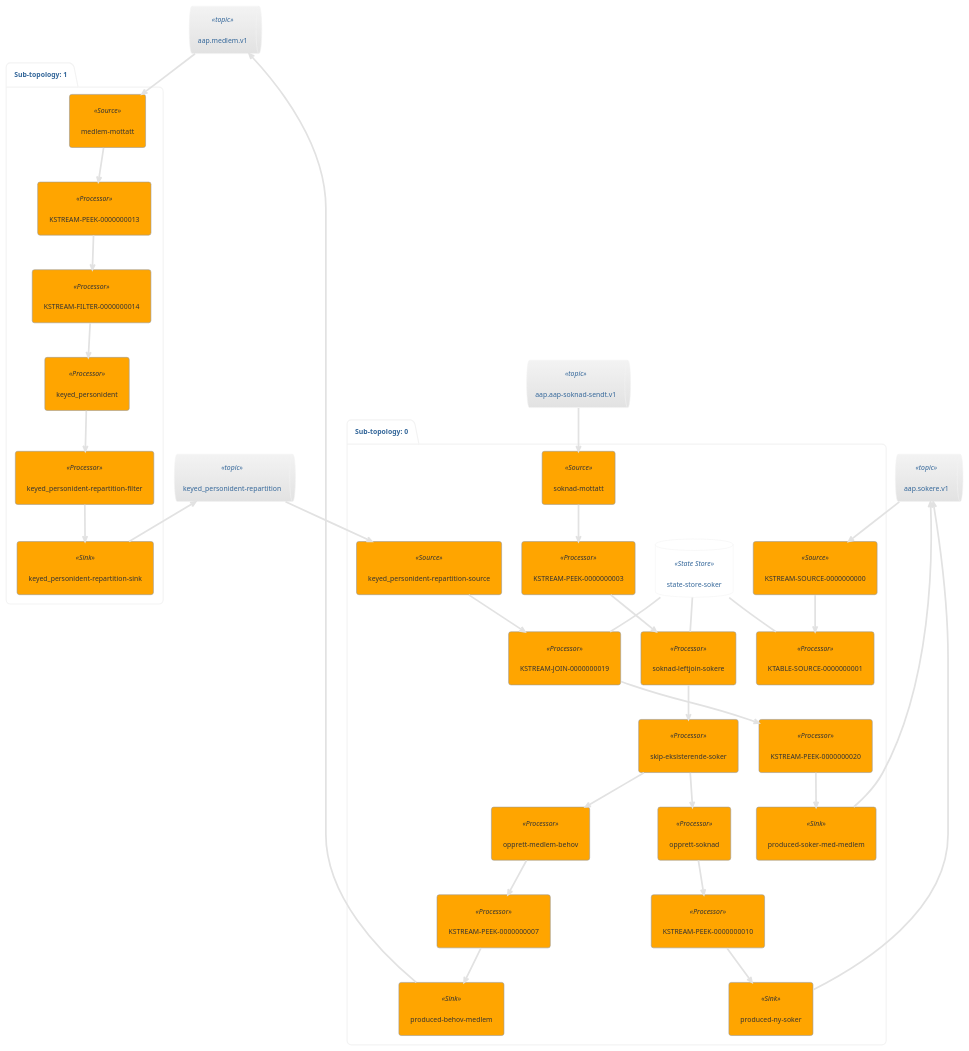
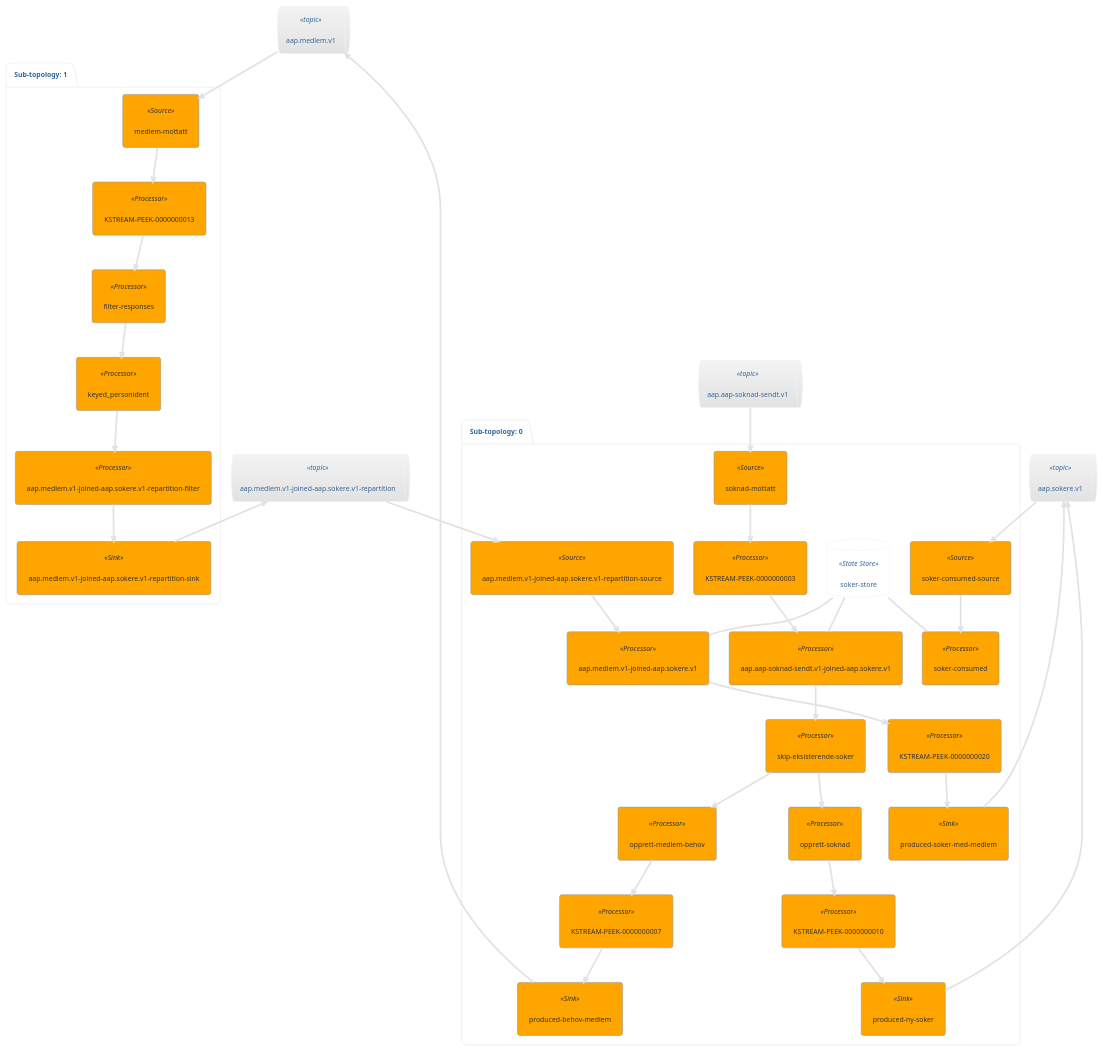
The diagram in doc/topology.puml (navikt/aap-vedtak), drawn with PlantUML before and after one commit. The commit also changed 14 other files, not shown here.

```diff
--- a/doc/topology.puml
+++ b/doc/topology.puml
@@ -1,63 +1,63 @@
 @startuml
 !theme lightgray
 queue "aap.medlem.v1" <<topic>> as aap_medlem_v1
 queue "aap.sokere.v1" <<topic>> as aap_sokere_v1
 queue "aap.aap-soknad-sendt.v1" <<topic>> as aap_aap_soknad_sendt_v1
-queue "keyed_personident-repartition" <<topic>> as keyed_personident_repartition
+queue "aap.medlem.v1-joined-aap.sokere.v1-repartition" <<topic>> as aap_medlem_v1_joined_aap_sokere_v1_repartition
 package "Sub-topology: 0" {
-	database "state-store-soker" <<State Store>> as state_store_soker
+	database "soker-store" <<State Store>> as soker_store
 	agent "soknad-mottatt" <<Source>> as soknad_mottatt
 	agent "KSTREAM-PEEK-0000000003" <<Processor>> as KSTREAM_PEEK_0000000003
-	agent "soknad-leftjoin-sokere" <<Processor>> as soknad_leftjoin_sokere
+	agent "aap.aap-soknad-sendt.v1-joined-aap.sokere.v1" <<Processor>> as aap_aap_soknad_sendt_v1_joined_aap_sokere_v1
 	agent "skip-eksisterende-soker" <<Processor>> as skip_eksisterende_soker
-	agent "keyed_personident-repartition-source" <<Source>> as keyed_personident_repartition_source
-	agent "KSTREAM-JOIN-0000000019" <<Processor>> as KSTREAM_JOIN_0000000019
+	agent "aap.medlem.v1-joined-aap.sokere.v1-repartition-source" <<Source>> as aap_medlem_v1_joined_aap_sokere_v1_repartition_source
+	agent "aap.medlem.v1-joined-aap.sokere.v1" <<Processor>> as aap_medlem_v1_joined_aap_sokere_v1
 	agent "opprett-medlem-behov" <<Processor>> as opprett_medlem_behov
 	agent "opprett-soknad" <<Processor>> as opprett_soknad
 	agent "KSTREAM-PEEK-0000000007" <<Processor>> as KSTREAM_PEEK_0000000007
 	agent "KSTREAM-PEEK-0000000010" <<Processor>> as KSTREAM_PEEK_0000000010
 	agent "KSTREAM-PEEK-0000000020" <<Processor>> as KSTREAM_PEEK_0000000020
-	agent "KSTREAM-SOURCE-0000000000" <<Source>> as KSTREAM_SOURCE_0000000000
-	agent "KTABLE-SOURCE-0000000001" <<Processor>> as KTABLE_SOURCE_0000000001
+	agent "soker-consumed-source" <<Source>> as soker_consumed_source
 	agent "produced-behov-medlem" <<Sink>> as produced_behov_medlem
 	agent "produced-ny-soker" <<Sink>> as produced_ny_soker
 	agent "produced-soker-med-medlem" <<Sink>> as produced_soker_med_medlem
+	agent "soker-consumed" <<Processor>> as soker_consumed
 	aap_aap_soknad_sendt_v1 --> soknad_mottatt
-	state_store_soker -- soknad_leftjoin_sokere
-	keyed_personident_repartition --> keyed_personident_repartition_source
-	state_store_soker -- KSTREAM_JOIN_0000000019
-	aap_sokere_v1 --> KSTREAM_SOURCE_0000000000
-	state_store_soker -- KTABLE_SOURCE_0000000001
+	soker_store -- aap_aap_soknad_sendt_v1_joined_aap_sokere_v1
+	aap_medlem_v1_joined_aap_sokere_v1_repartition --> aap_medlem_v1_joined_aap_sokere_v1_repartition_source
+	soker_store -- aap_medlem_v1_joined_aap_sokere_v1
+	aap_sokere_v1 --> soker_consumed_source
 	aap_medlem_v1 <-- produced_behov_medlem
 	aap_sokere_v1 <-- produced_ny_soker
 	aap_sokere_v1 <-- produced_soker_med_medlem
+	soker_store -- soker_consumed
 	soknad_mottatt --> KSTREAM_PEEK_0000000003
-	KSTREAM_PEEK_0000000003 --> soknad_leftjoin_sokere
-	soknad_leftjoin_sokere --> skip_eksisterende_soker
+	KSTREAM_PEEK_0000000003 --> aap_aap_soknad_sendt_v1_joined_aap_sokere_v1
+	aap_aap_soknad_sendt_v1_joined_aap_sokere_v1 --> skip_eksisterende_soker
 	skip_eksisterende_soker --> opprett_medlem_behov
 	skip_eksisterende_soker --> opprett_soknad
-	keyed_personident_repartition_source --> KSTREAM_JOIN_0000000019
-	KSTREAM_JOIN_0000000019 --> KSTREAM_PEEK_0000000020
+	aap_medlem_v1_joined_aap_sokere_v1_repartition_source --> aap_medlem_v1_joined_aap_sokere_v1
+	aap_medlem_v1_joined_aap_sokere_v1 --> KSTREAM_PEEK_0000000020
 	opprett_medlem_behov --> KSTREAM_PEEK_0000000007
 	opprett_soknad --> KSTREAM_PEEK_0000000010
 	KSTREAM_PEEK_0000000007 --> produced_behov_medlem
 	KSTREAM_PEEK_0000000010 --> produced_ny_soker
 	KSTREAM_PEEK_0000000020 --> produced_soker_med_medlem
-	KSTREAM_SOURCE_0000000000 --> KTABLE_SOURCE_0000000001
+	soker_consumed_source --> soker_consumed
 }
 package "Sub-topology: 1" {
 	agent "medlem-mottatt" <<Source>> as medlem_mottatt
 	agent "KSTREAM-PEEK-0000000013" <<Processor>> as KSTREAM_PEEK_0000000013
-	agent "KSTREAM-FILTER-0000000014" <<Processor>> as KSTREAM_FILTER_0000000014
+	agent "filter-responses" <<Processor>> as filter_responses
 	agent "keyed_personident" <<Processor>> as keyed_personident
-	agent "keyed_personident-repartition-filter" <<Processor>> as keyed_personident_repartition_filter
-	agent "keyed_personident-repartition-sink" <<Sink>> as keyed_personident_repartition_sink
+	agent "aap.medlem.v1-joined-aap.sokere.v1-repartition-filter" <<Processor>> as aap_medlem_v1_joined_aap_sokere_v1_repartition_filter
+	agent "aap.medlem.v1-joined-aap.sokere.v1-repartition-sink" <<Sink>> as aap_medlem_v1_joined_aap_sokere_v1_repartition_sink
 	aap_medlem_v1 --> medlem_mottatt
-	keyed_personident_repartition <-- keyed_personident_repartition_sink
+	aap_medlem_v1_joined_aap_sokere_v1_repartition <-- aap_medlem_v1_joined_aap_sokere_v1_repartition_sink
 	medlem_mottatt --> KSTREAM_PEEK_0000000013
-	KSTREAM_PEEK_0000000013 --> KSTREAM_FILTER_0000000014
-	KSTREAM_FILTER_0000000014 --> keyed_personident
-	keyed_personident --> keyed_personident_repartition_filter
-	keyed_personident_repartition_filter --> keyed_personident_repartition_sink
+	KSTREAM_PEEK_0000000013 --> filter_responses
+	filter_responses --> keyed_personident
+	keyed_personident --> aap_medlem_v1_joined_aap_sokere_v1_repartition_filter
+	aap_medlem_v1_joined_aap_sokere_v1_repartition_filter --> aap_medlem_v1_joined_aap_sokere_v1_repartition_sink
 }
 @enduml
```
